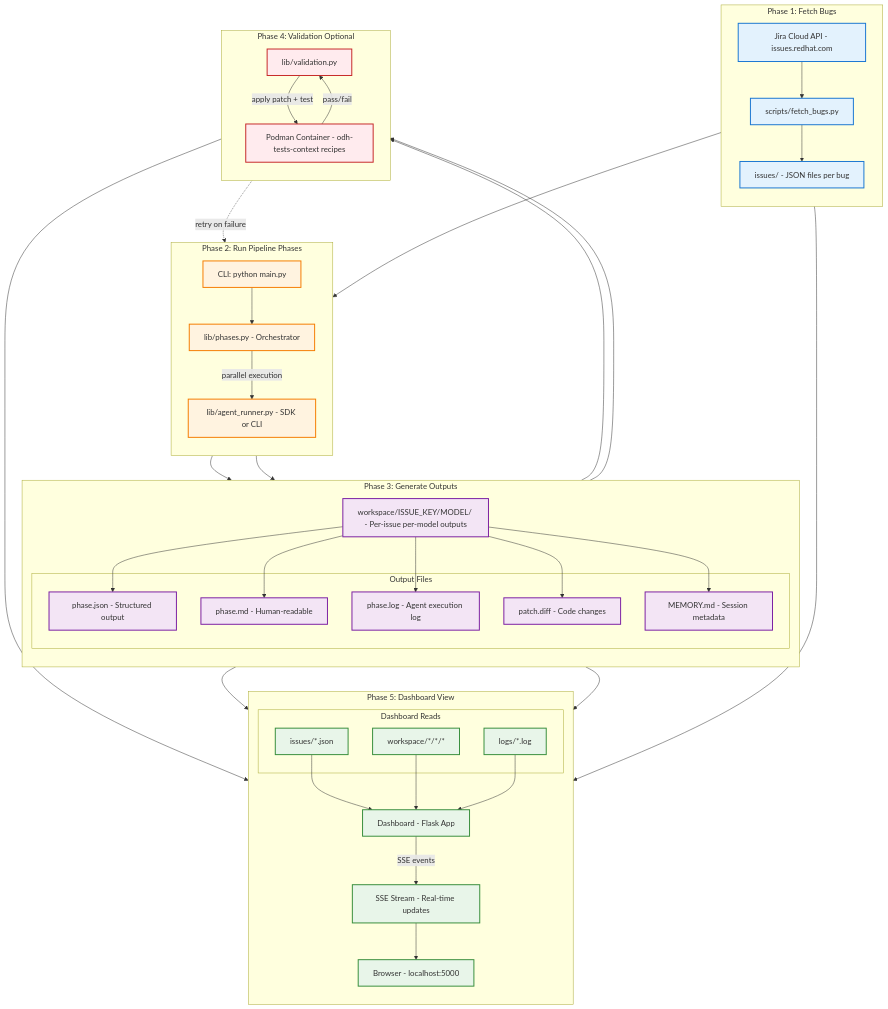
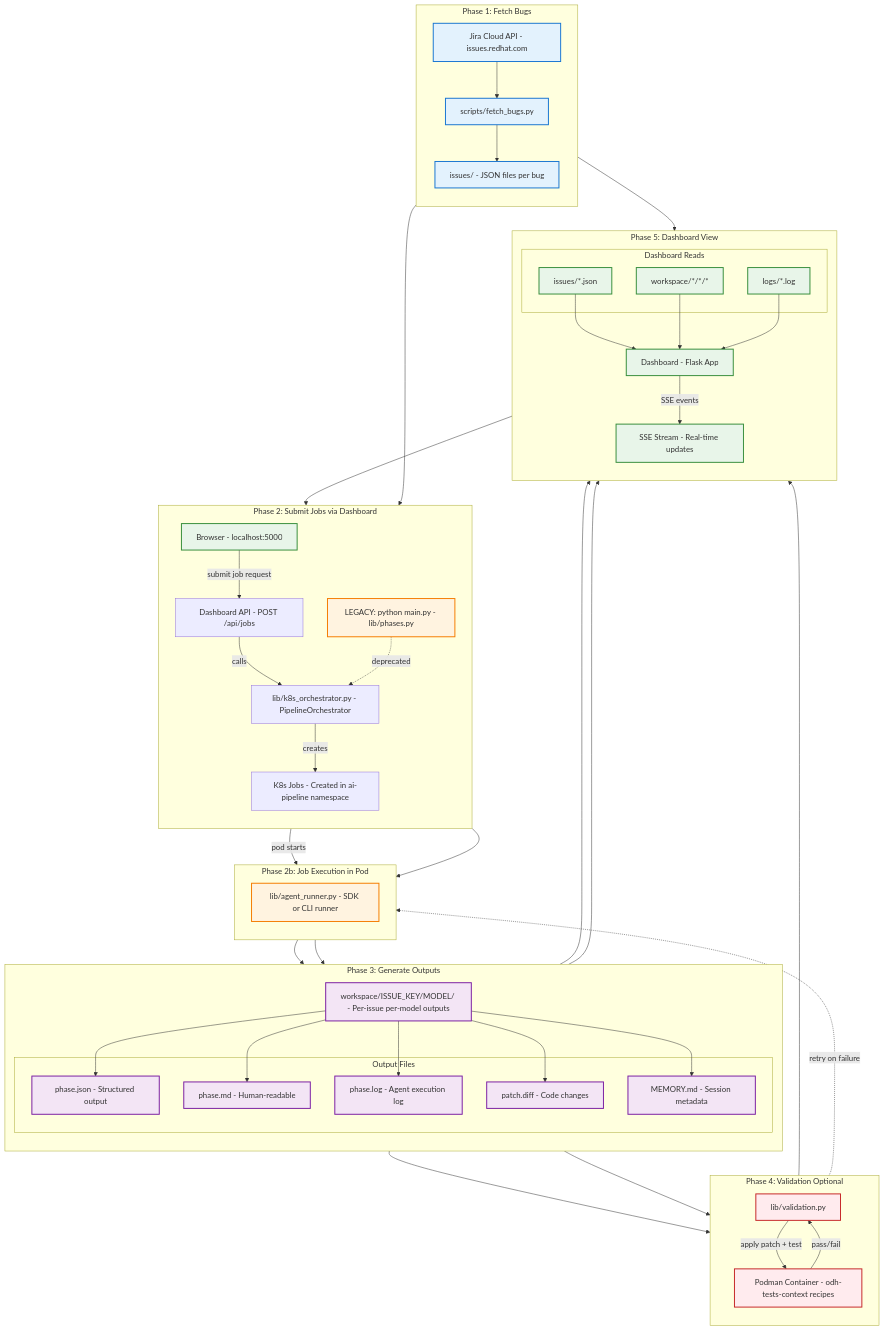
Before and after one commit to jctanner/ai-first-pipeline: the diagram in docs/architecture-data-flow.mmd, drawn with Mermaid. The commit also changed 3 other files, not shown here.

First line of the commit message:
Update architecture diagrams to reflect web-based job submission workflow

```diff
--- a/docs/architecture-data-flow.mmd
+++ b/docs/architecture-data-flow.mmd
@@ -1,93 +1,105 @@
 graph TB
     subgraph Phase1["Phase 1: Fetch Bugs"]
         direction TB
         JiraAPI["Jira Cloud API - issues.redhat.com"]
         FetchScript["scripts/fetch_bugs.py"]
         IssuesDir["issues/ - JSON files per bug"]
 
         JiraAPI --> FetchScript
         FetchScript --> IssuesDir
     end
 
-    subgraph Phase2["Phase 2: Run Pipeline Phases"]
+    subgraph Phase2["Phase 2: Submit Jobs via Dashboard"]
         direction TB
-        CLI["CLI: python main.py"]
-        PhasesLib["lib/phases.py - Orchestrator"]
-        AgentRunner["lib/agent_runner.py - SDK or CLI"]
+        Browser["Browser - Dashboard UI"]
+        DashboardAPI["Dashboard API - POST /api/jobs"]
+        K8sOrchestrator["lib/k8s_orchestrator.py - PipelineOrchestrator"]
+        K8sJobs["K8s Jobs - Created in ai-pipeline namespace"]
 
-        CLI --> PhasesLib
-        PhasesLib -->|parallel execution| AgentRunner
+        Browser -->|submit job request| DashboardAPI
+        DashboardAPI -->|calls| K8sOrchestrator
+        K8sOrchestrator -->|creates| K8sJobs
+
+        CLI["LEGACY: python main.py - lib/phases.py"]
+        CLI -.->|deprecated| K8sOrchestrator
+    end
+
+    subgraph Phase2b["Phase 2b: Job Execution in Pod"]
+        direction TB
+        AgentRunner["lib/agent_runner.py - SDK or CLI runner"]
+        K8sJobs -->|pod starts| AgentRunner
     end
 
     subgraph Phase3["Phase 3: Generate Outputs"]
         direction TB
         Workspace["workspace/ISSUE_KEY/MODEL/ - Per-issue per-model outputs"]
 
         subgraph Outputs["Output Files"]
             PhaseJSON["phase.json - Structured output"]
             PhaseMD["phase.md - Human-readable"]
             PhaseLog["phase.log - Agent execution log"]
             PatchDiff["patch.diff - Code changes"]
             MemoryMD["MEMORY.md - Session metadata"]
         end
 
         AgentRunner --> Workspace
         Workspace --> PhaseJSON
         Workspace --> PhaseMD
         Workspace --> PhaseLog
         Workspace --> PatchDiff
         Workspace --> MemoryMD
     end
 
     subgraph Phase4["Phase 4: Validation Optional"]
         direction TB
         ValidationLib["lib/validation.py"]
         PodmanContainer["Podman Container - odh-tests-context recipes"]
 
         PatchDiff --> ValidationLib
         ValidationLib -->|apply patch + test| PodmanContainer
         PodmanContainer -->|pass/fail| ValidationLib
         ValidationLib -.->|retry on failure| AgentRunner
     end
 
     subgraph Phase5["Phase 5: Dashboard View"]
         direction TB
         Dashboard["Dashboard - Flask App"]
         Browser["Browser - localhost:5000"]
 
         subgraph DashboardData["Dashboard Reads"]
             ReadIssues["issues/*.json"]
             ReadWorkspace["workspace/*/*/*"]
             ReadLogs["logs/*.log"]
         end
 
         SSE["SSE Stream - Real-time updates"]
 
         IssuesDir --> ReadIssues
         Workspace --> ReadWorkspace
         PhaseLog --> ReadLogs
 
         ReadIssues --> Dashboard
         ReadWorkspace --> Dashboard
         ReadLogs --> Dashboard
 
         Dashboard -->|SSE events| SSE
         SSE --> Browser
     end
 
     IssuesDir --> Phase2
-    Phase2 --> Phase3
+    Phase2 --> Phase2b
+    Phase2b --> Phase3
     Phase3 --> Phase4
     Phase4 --> Phase5
 
     classDef fetch fill:#e3f2fd,stroke:#1976d2,stroke-width:2px
     classDef process fill:#fff3e0,stroke:#f57c00,stroke-width:2px
     classDef output fill:#f3e5f5,stroke:#7b1fa2,stroke-width:2px
     classDef validate fill:#ffebee,stroke:#c62828,stroke-width:2px
     classDef view fill:#e8f5e9,stroke:#388e3c,stroke-width:2px
 
     class JiraAPI,FetchScript,IssuesDir fetch
     class CLI,PhasesLib,AgentRunner process
     class Workspace,PhaseJSON,PhaseMD,PhaseLog,PatchDiff,MemoryMD output
     class ValidationLib,PodmanContainer validate
     class Dashboard,Browser,SSE,ReadIssues,ReadWorkspace,ReadLogs view
```
